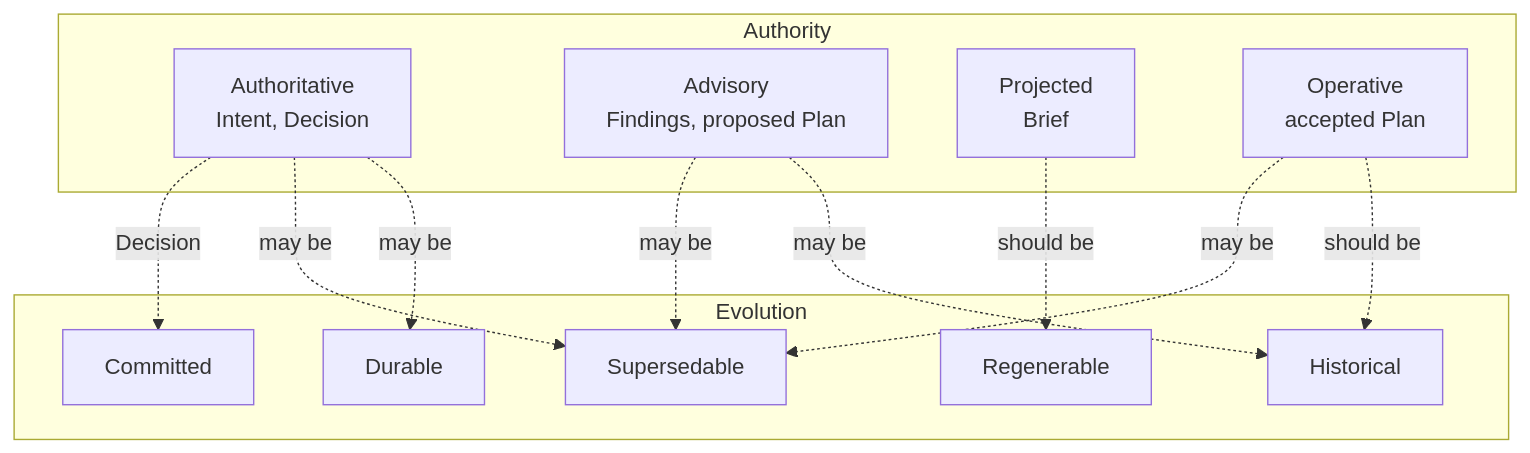
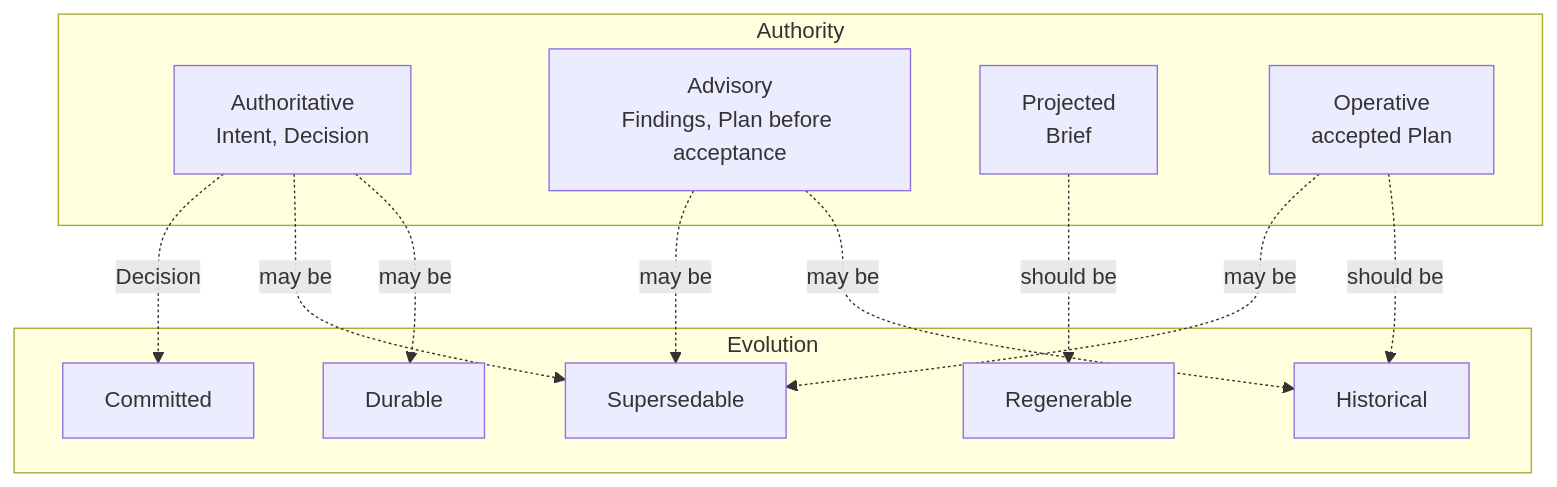
The fifth of 6 diagrams in docs/prism-4-architecture-guide.md (ArnoFrost/prism), drawn with Mermaid before and after one commit. The commit also changed other lines of this file and 18 other files, not shown here.

````diff
--- a/docs/prism-4-architecture-guide.md
+++ b/docs/prism-4-architecture-guide.md
@@ -252,26 +252,26 @@
 ```mermaid
 flowchart TB
   subgraph authority["Authority"]
     AU["Authoritative<br/>Intent, Decision"]
-    AD["Advisory<br/>Findings, proposed Plan"]
+    AD["Advisory<br/>Findings, Plan before acceptance"]
     PR["Projected<br/>Brief"]
     OP["Operative<br/>accepted Plan"]
   end
 
   subgraph evolution["Evolution"]
     DU["Durable"]
     SU["Supersedable"]
     RE["Regenerable"]
     HI["Historical"]
     CO["Committed"]
   end
 
   AU -. "may be" .-> DU
   AU -. "may be" .-> SU
   AD -. "may be" .-> HI
   AD -. "may be" .-> SU
   PR -. "should be" .-> RE
   OP -. "should be" .-> HI
   OP -. "may be" .-> SU
   AU -. "Decision" .-> CO
 ```
````
